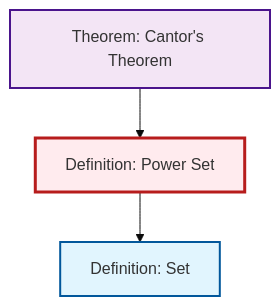
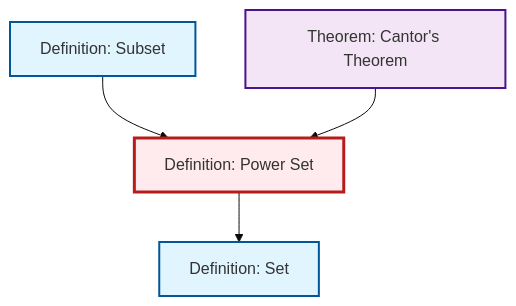
Before and after one commit to RK0429/ModernMath: the second of 2 diagrams in content/en/logic-set-theory/def-power-set.qmd, drawn with Mermaid (base theme). The commit also changed other lines of this file and 203 other files, not shown here.

````diff
--- a/content/en/logic-set-theory/def-power-set.qmd
+++ b/content/en/logic-set-theory/def-power-set.qmd
@@ -67,18 +67,17 @@
 ```{mermaid}
 %%| fig-cap: "Local dependency graph"
 graph TD
     classDef definition fill:#e1f5fe,stroke:#01579b,stroke-width:2px
     classDef theorem fill:#f3e5f5,stroke:#4a148c,stroke-width:2px
     classDef axiom fill:#fff3e0,stroke:#e65100,stroke-width:2px
     classDef example fill:#e8f5e9,stroke:#1b5e20,stroke-width:2px
     classDef current fill:#ffebee,stroke:#b71c1c,stroke-width:3px
-    def-set["Definition: Set"]:::definition
     thm-cantor["Theorem: Cantor's Theorem"]:::theorem
     def-power-set["Definition: Power Set"]:::definition
+    def-set["Definition: Set"]:::definition
+    def-subset["Definition: Subset"]:::definition
+    def-subset --> def-power-set
     thm-cantor --> def-power-set
     def-power-set --> def-set
     class def-power-set current
-
-    click def-set "def-set.html" "Go to Set definition"
-    click thm-cantor "thm-cantor.html" "Go to Cantor's Theorem theorem"
 ```
````
